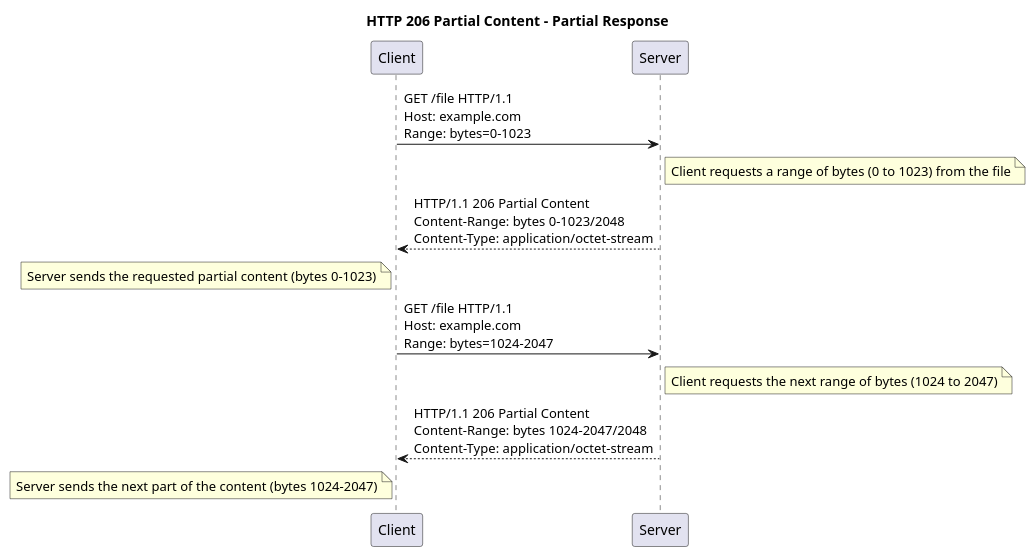
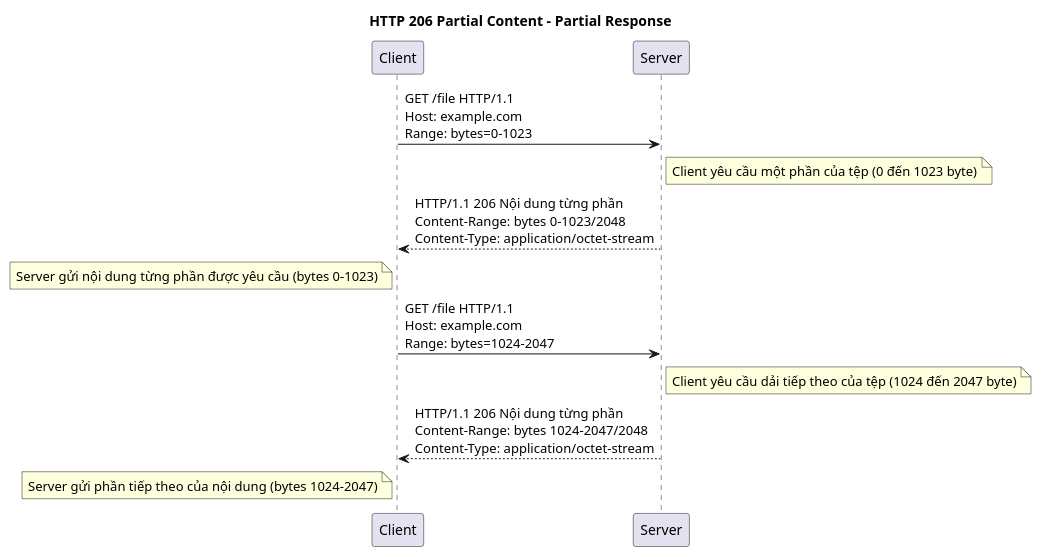
One commit to thanhlv-com/thanhlv-blog changed the ninth of 26 diagrams in packages/apps/src/blog/2024-12-05-y-nghia-cua-cac-http-status-code.md. Above: the diagram before and after it, drawn with PlantUML. The commit also changed other lines of this file and 3 other files, not shown here.

````diff
--- a/packages/apps/src/blog/2024-12-05-y-nghia-cua-cac-http-status-code.md
+++ b/packages/apps/src/blog/2024-12-05-y-nghia-cua-cac-http-status-code.md
@@ -349,22 +346,23 @@
 ```plantuml
 @startuml
 
 title HTTP 206 Partial Content - Partial Response
 
 participant "Client" as C
 participant "Server" as S
 
 C -> S: GET /file HTTP/1.1\nHost: example.com\nRange: bytes=0-1023
-note right of S: Client requests a range of bytes (0 to 1023) from the file
+note right of S: Client yêu cầu một phần của tệp (0 đến 1023 byte)
 
-S --> C: HTTP/1.1 206 Partial Content\nContent-Range: bytes 0-1023/2048\nContent-Type: application/octet-stream
-note left of C: Server sends the requested partial content (bytes 0-1023)
+S --> C: HTTP/1.1 206 Nội dung từng phần\nContent-Range: bytes 0-1023/2048\nContent-Type: application/octet-stream
+note left of C: Server gửi nội dung từng phần được yêu cầu (bytes 0-1023)
 
 C -> S: GET /file HTTP/1.1\nHost: example.com\nRange: bytes=1024-2047
-note right of S: Client requests the next range of bytes (1024 to 2047)
+note right of S: Client yêu cầu dải tiếp theo của tệp (1024 đến 2047 byte)
 
-S --> C: HTTP/1.1 206 Partial Content\nContent-Range: bytes 1024-2047/2048\nContent-Type: application/octet-stream
-note left of C: Server sends the next part of the content (bytes 1024-2047)
+S --> C: HTTP/1.1 206 Nội dung từng phần\nContent-Range: bytes 1024-2047/2048\nContent-Type: application/octet-stream
+note left of C: Server gửi phần tiếp theo của nội dung (bytes 1024-2047)
 
 @enduml
+
 ```
````
